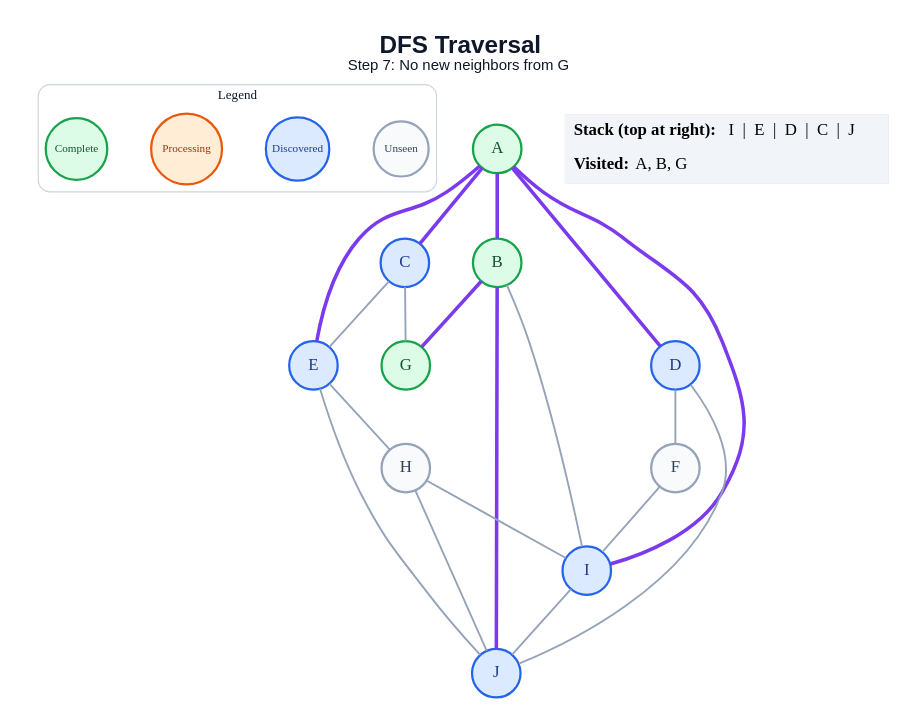
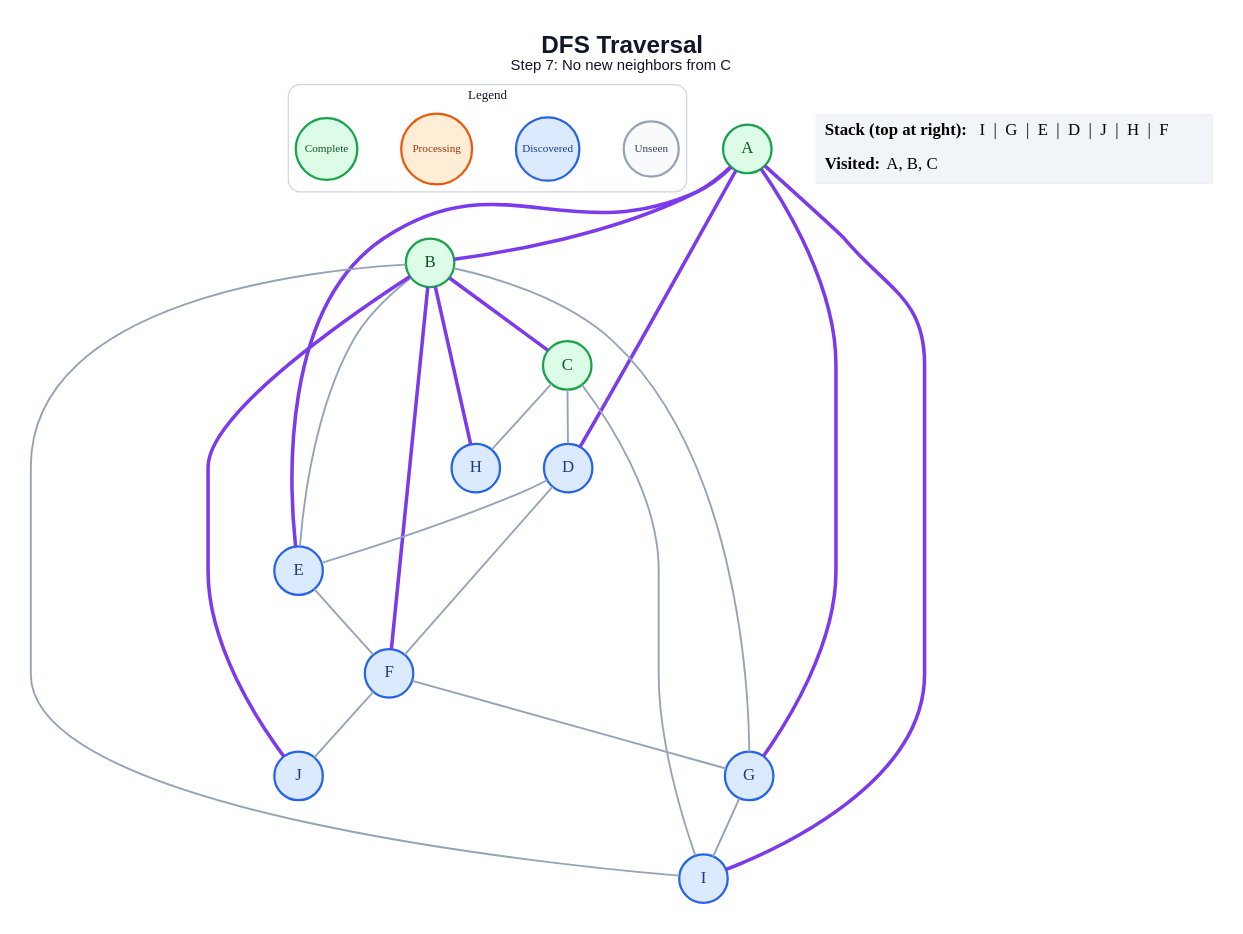
Before and after one commit to amanghodawala9/ai-slop: the diagram in generated/dfs/step_07.dot, drawn with Graphviz. The commit also changed 178 other files, not shown here.

```diff
--- a/generated/dfs/step_07.dot
+++ b/generated/dfs/step_07.dot
@@ -1,47 +1,50 @@
 graph traversal {
   graph [layout=dot, rankdir=TB, bgcolor="#FFFFFF", pad="0.35", nodesep="0.65", ranksep="0.8", fontname="Arial"];
   node [shape=circle, style="filled", fontname="Arial Bold", fontsize=18, width=0.72, fixedsize=true, penwidth=2.4];
   edge [color="#94A3B8", penwidth=2.0];
-  label=<<B>DFS Traversal</B><BR/><FONT POINT-SIZE="16">Step 7: No new neighbors from G</FONT>>; labelloc="t"; fontsize=26; fontname="Arial"; fontcolor="#0F172A";
+  label=<<B>DFS Traversal</B><BR/><FONT POINT-SIZE="16">Step 7: No new neighbors from C</FONT>>; labelloc="t"; fontsize=26; fontname="Arial"; fontcolor="#0F172A";
   subgraph cluster_legend { label="Legend"; color="#CBD5E1"; penwidth=1.2; style="rounded"; fontsize=14; fontname="Arial Bold";
     key_unseen [label="Unseen", fillcolor="#F8FAFC", color="#94A3B8", fontcolor="#334155", fontsize=12, width=0.82];
     key_frontier [label="Discovered", fillcolor="#DBEAFE", color="#2563EB", fontcolor="#1E3A8A", fontsize=12, width=0.95];
     key_current [label="Processing", fillcolor="#FFEDD5", color="#EA580C", fontcolor="#9A3412", fontsize=12, width=1.05];
     key_done [label="Complete", fillcolor="#DCFCE7", color="#16A34A", fontcolor="#14532D", fontsize=12, width=0.92];
     { rank=same; key_unseen; key_frontier; key_current; key_done; }
   }
   A [fillcolor="#DCFCE7", color="#16A34A", fontcolor="#14532D"];
   B [fillcolor="#DCFCE7", color="#16A34A", fontcolor="#14532D"];
-  C [fillcolor="#DBEAFE", color="#2563EB", fontcolor="#1E3A8A"];
+  C [fillcolor="#DCFCE7", color="#16A34A", fontcolor="#14532D"];
   D [fillcolor="#DBEAFE", color="#2563EB", fontcolor="#1E3A8A"];
   E [fillcolor="#DBEAFE", color="#2563EB", fontcolor="#1E3A8A"];
-  F [fillcolor="#F8FAFC", color="#94A3B8", fontcolor="#334155"];
-  G [fillcolor="#DCFCE7", color="#16A34A", fontcolor="#14532D"];
-  H [fillcolor="#F8FAFC", color="#94A3B8", fontcolor="#334155"];
+  F [fillcolor="#DBEAFE", color="#2563EB", fontcolor="#1E3A8A"];
+  G [fillcolor="#DBEAFE", color="#2563EB", fontcolor="#1E3A8A"];
+  H [fillcolor="#DBEAFE", color="#2563EB", fontcolor="#1E3A8A"];
   I [fillcolor="#DBEAFE", color="#2563EB", fontcolor="#1E3A8A"];
   J [fillcolor="#DBEAFE", color="#2563EB", fontcolor="#1E3A8A"];
   A -- B [color="#7C3AED", penwidth=3.8];
-  A -- C [color="#7C3AED", penwidth=3.8];
   A -- D [color="#7C3AED", penwidth=3.8];
   A -- E [color="#7C3AED", penwidth=3.8];
+  A -- G [color="#7C3AED", penwidth=3.8];
   A -- I [color="#7C3AED", penwidth=3.8];
-  B -- G [color="#7C3AED", penwidth=3.8];
+  B -- C [color="#7C3AED", penwidth=3.8];
+  B -- E;
+  B -- F [color="#7C3AED", penwidth=3.8];
+  B -- G;
+  B -- H [color="#7C3AED", penwidth=3.8];
   B -- I;
   B -- J [color="#7C3AED", penwidth=3.8];
-  C -- E;
-  C -- G;
+  C -- D;
+  C -- H;
+  C -- I;
+  D -- E;
   D -- F;
-  D -- J;
-  E -- H;
-  E -- J;
-  F -- I;
-  H -- I;
-  H -- J;
-  I -- J;
+  E -- F;
+  F -- G;
+  F -- J;
+  G -- I;
   status [shape=plain, fixedsize=false, width=0, height=0, margin=0, label=<
     <TABLE BORDER="0" CELLBORDER="0" CELLPADDING="7" BGCOLOR="#F1F5F9">
-      <TR><TD ALIGN="LEFT"><B>Stack (top at right):</B> I  |  E  |  D  |  C  |  J</TD></TR>
-      <TR><TD ALIGN="LEFT"><B>Visited:</B> A, B, G</TD></TR>
+      <TR><TD ALIGN="LEFT"><B>Stack (top at right):</B> I  |  G  |  E  |  D  |  J  |  H  |  F</TD></TR>
+      <TR><TD ALIGN="LEFT"><B>Visited:</B> A, B, C</TD></TR>
     </TABLE>
   >];
 }
```
